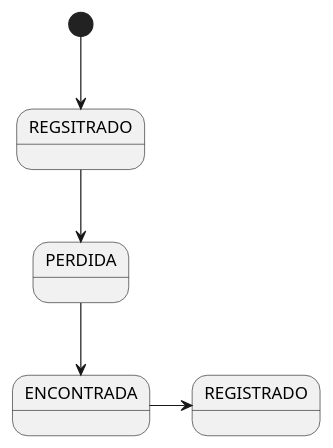
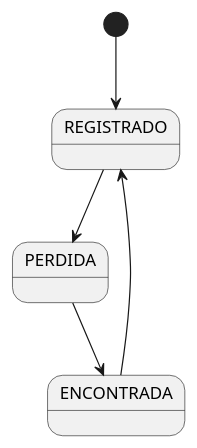
The first of 2 diagrams in src/docs/asciidoc/index.adoc (ReneVicente23/Proyecto-software), drawn with PlantUML before and after one commit. The commit also changed other lines of this file, not shown here.

Commit message:
Mejorando diagrama de secuencias, mejoras menores

```diff
--- a/src/docs/asciidoc/index.adoc
+++ b/src/docs/asciidoc/index.adoc
@@ -240,11 +239,11 @@
 [plantuml, format="png", id="estados-mascota"]
 ....
 @startuml
 
-[*] --> REGSITRADO
-REGSITRADO --> PERDIDA
+[*] --> REGISTRADO
+REGISTRADO --> PERDIDA
 PERDIDA --> ENCONTRADA
-ENCONTRADA -> REGISTRADO
+ENCONTRADA --> REGISTRADO
 
 @enduml
 ....
```
